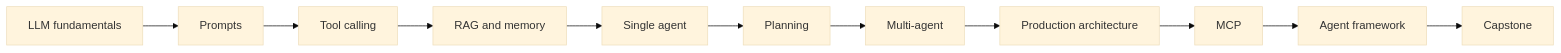
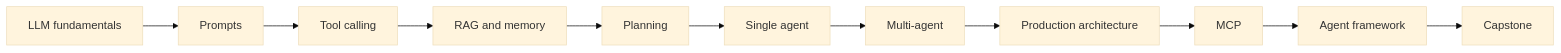
The diagram in ROADMAP.md (Sourabhchrs93/ai-engineering-handbook), drawn with Mermaid (base theme) before and after one commit. The commit also changed other lines of this file and 7 other files, not shown here.

````diff
--- a/ROADMAP.md
+++ b/ROADMAP.md
@@ -26,13 +26,13 @@
 ```mermaid
 flowchart LR
     A["LLM fundamentals"] --> B["Prompts"]
     B --> C["Tool calling"]
     C --> D["RAG and memory"]
-    D --> E["Single agent"]
-    E --> F["Planning"]
+    D --> E["Planning"]
+    E --> F["Single agent"]
     F --> G["Multi-agent"]
     G --> H["Production architecture"]
     H --> I["MCP"]
     I --> J["Agent framework"]
     J --> K["Capstone"]
 ```
````
